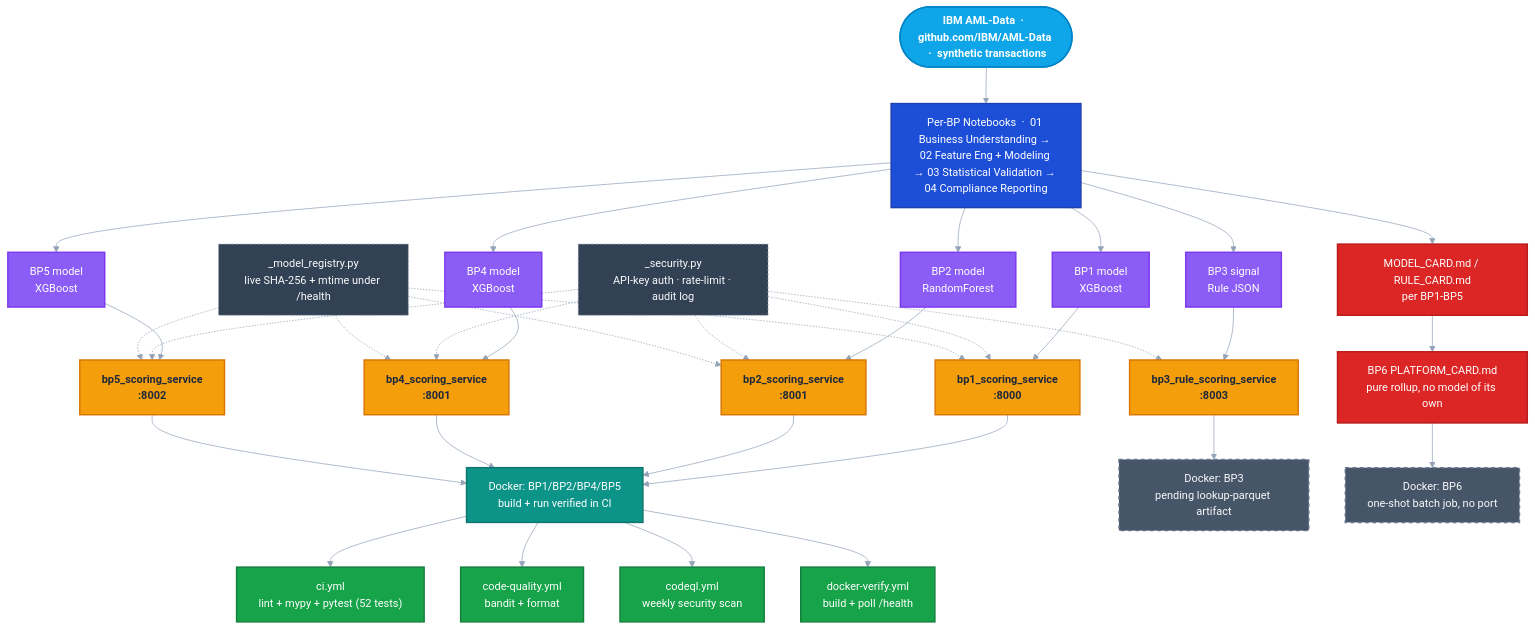
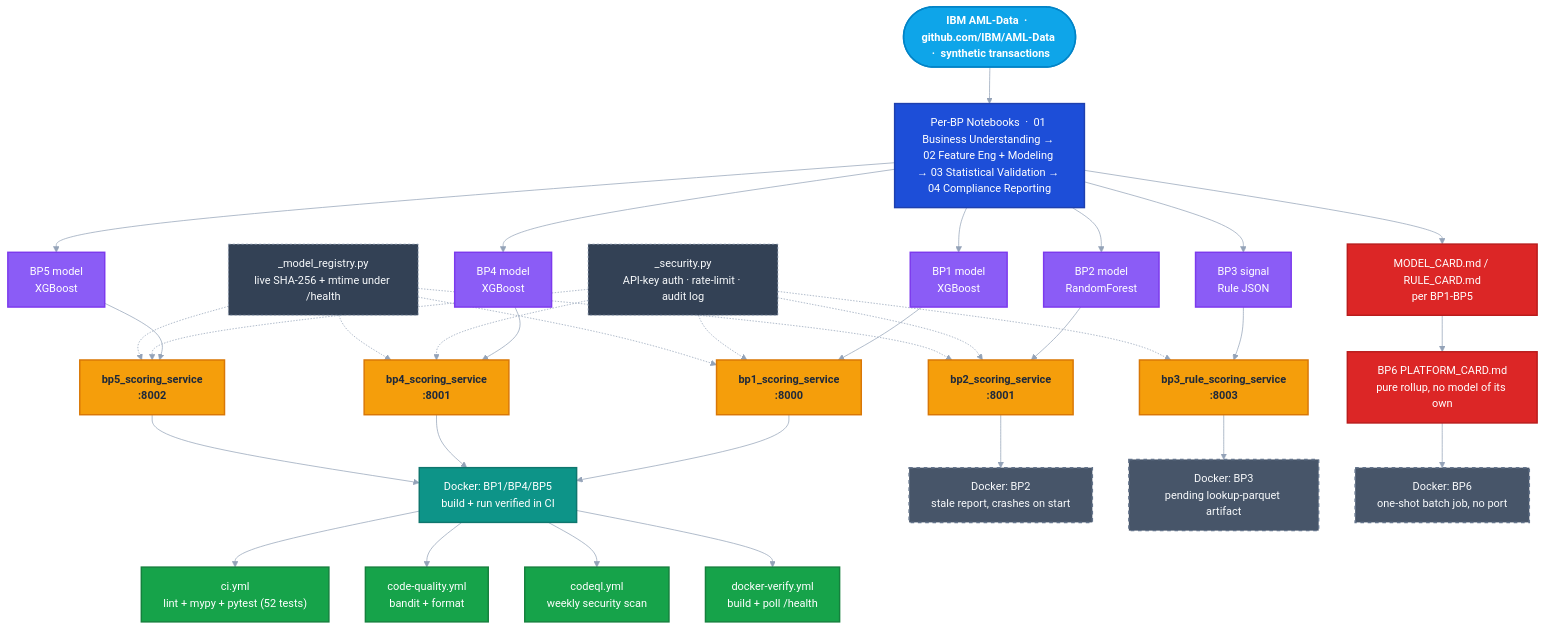
One commit to rnanda19/IBM_AML_RiskIQ_Enterprise_Suite changed the diagram in README.md. Above: the diagram before and after it, drawn with Mermaid. The commit also changed other lines of this file and 2 other files, not shown here.

````diff
--- a/README.md
+++ b/README.md
@@ -16,50 +16,51 @@
 ```mermaid
 %%{init: {"theme": "base", "themeVariables": {
   "primaryColor": "#1e293b",
   "primaryTextColor": "#f8fafc",
   "primaryBorderColor": "#64748b",
   "lineColor": "#94a3b8",
   "fontSize": "15px"
 }}}%%
 flowchart TD
     SRC(["IBM AML-Data &nbsp;&middot;&nbsp; github.com/IBM/AML-Data &nbsp;&middot;&nbsp; synthetic transactions"]):::source
 
     SRC --> NB["Per-BP Notebooks &nbsp;&middot;&nbsp; 01 Business Understanding &rarr; 02 Feature Eng + Modeling &rarr; 03 Statistical Validation &rarr; 04 Compliance Reporting"]:::stage
 
     NB --> M1["BP1 model<br/>XGBoost"]:::model
     NB --> M2["BP2 model<br/>RandomForest"]:::model
     NB --> M3["BP3 signal<br/>Rule JSON"]:::model
     NB --> M4["BP4 model<br/>XGBoost"]:::model
     NB --> M5["BP5 model<br/>XGBoost"]:::model
 
     M1 --> S1["bp1_scoring_service<br/>:8000"]:::service
     M2 --> S2["bp2_scoring_service<br/>:8001"]:::service
     M3 --> S3["bp3_rule_scoring_service<br/>:8003"]:::service
     M4 --> S4["bp4_scoring_service<br/>:8001"]:::service
     M5 --> S5["bp5_scoring_service<br/>:8002"]:::service
 
     SEC["_security.py<br/>API-key auth &middot; rate-limit &middot; audit log"]:::infra -.-> S1 & S2 & S3 & S4 & S5
     REG["_model_registry.py<br/>live SHA-256 + mtime under /health"]:::infra -.-> S1 & S2 & S4 & S5
 
-    S1 & S2 & S4 & S5 --> DOK["Docker: BP1/BP2/BP4/BP5<br/>build + run verified in CI"]:::docker
+    S1 & S4 & S5 --> DOK["Docker: BP1/BP4/BP5<br/>build + run verified in CI"]:::docker
+    S2 --> DOKB2["Docker: BP2<br/>stale report, crashes on start"]:::dockerwarn
     S3 --> DOKW["Docker: BP3<br/>pending lookup-parquet artifact"]:::dockerwarn
 
     DOK --> CI1["ci.yml<br/>lint + mypy + pytest (52 tests)"]:::ci
     DOK --> CI2["code-quality.yml<br/>bandit + format"]:::ci
     DOK --> CI3["codeql.yml<br/>weekly security scan"]:::ci
     DOK --> CI4["docker-verify.yml<br/>build + poll /health"]:::ci
 
     NB --> R1["MODEL_CARD.md / RULE_CARD.md<br/>per BP1-BP5"]:::report
     R1 --> R2["BP6 PLATFORM_CARD.md<br/>pure rollup, no model of its own"]:::report
     R2 --> DOKB["Docker: BP6<br/>one-shot batch job, no port"]:::dockerwarn
 
     classDef source fill:#0ea5e9,stroke:#0284c7,color:#ffffff,stroke-width:2px,font-weight:bold
     classDef stage fill:#1d4ed8,stroke:#1e40af,color:#ffffff,stroke-width:2px
     classDef model fill:#8b5cf6,stroke:#7c3aed,color:#ffffff,stroke-width:2px
     classDef service fill:#f59e0b,stroke:#d97706,color:#1e293b,stroke-width:2px,font-weight:bold
     classDef infra fill:#334155,stroke:#94a3b8,color:#f8fafc,stroke-width:1px,stroke-dasharray: 3 3
     classDef docker fill:#0d9488,stroke:#0f766e,color:#ffffff,stroke-width:2px
     classDef dockerwarn fill:#475569,stroke:#64748b,color:#f8fafc,stroke-width:2px,stroke-dasharray: 5 5
     classDef ci fill:#16a34a,stroke:#15803d,color:#ffffff,stroke-width:2px
     classDef report fill:#dc2626,stroke:#b91c1c,color:#ffffff,stroke-width:2px
 ```
````
